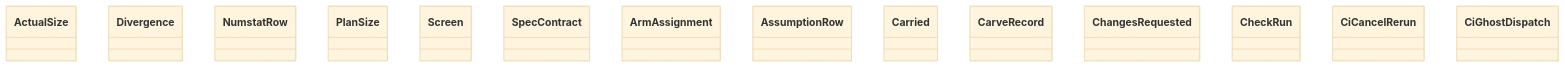
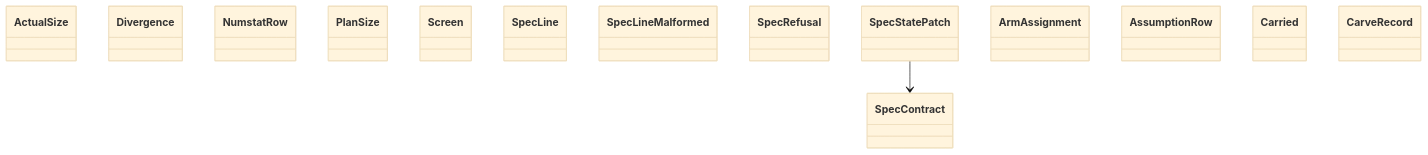
The diagram in docs/architecture/generated/classes-process-domain-state-3.md (GonzaloZevallos/agentic-system), drawn with Mermaid (base theme) before and after one commit. The commit also changed other lines of this file and 13 other files, not shown here.

First line of the commit message:
Add pure spec-delivery rules: line parse, state patch, hash check, slice risks (GH-594 4a)

````diff
--- a/docs/architecture/generated/classes-process-domain-state-3.md
+++ b/docs/architecture/generated/classes-process-domain-state-3.md
@@ -27,17 +27,18 @@
 ```mermaid
 classDiagram
     class size_budget__ActualSize["ActualSize"]
     class size_budget__Divergence["Divergence"]
     class size_budget__NumstatRow["NumstatRow"]
     class size_budget__PlanSize["PlanSize"]
     class spec_delivery__Screen["Screen"]
     class spec_delivery__SpecContract["SpecContract"]
+    class spec_delivery__SpecLine["SpecLine"]
+    class spec_delivery__SpecLineMalformed["SpecLineMalformed"]
+    class spec_delivery__SpecRefusal["SpecRefusal"]
+    class spec_delivery__SpecStatePatch["SpecStatePatch"]
     class task__ArmAssignment["ArmAssignment"]
     class task__AssumptionRow["AssumptionRow"]
     class task__Carried["Carried"]
     class task__CarveRecord["CarveRecord"]
-    class task__ChangesRequested["ChangesRequested"]
-    class task__CheckRun["CheckRun"]
-    class task__CiCancelRerun["CiCancelRerun"]
-    class task__CiGhostDispatch["CiGhostDispatch"]
+    spec_delivery__SpecStatePatch --> spec_delivery__SpecContract
 ```
````
